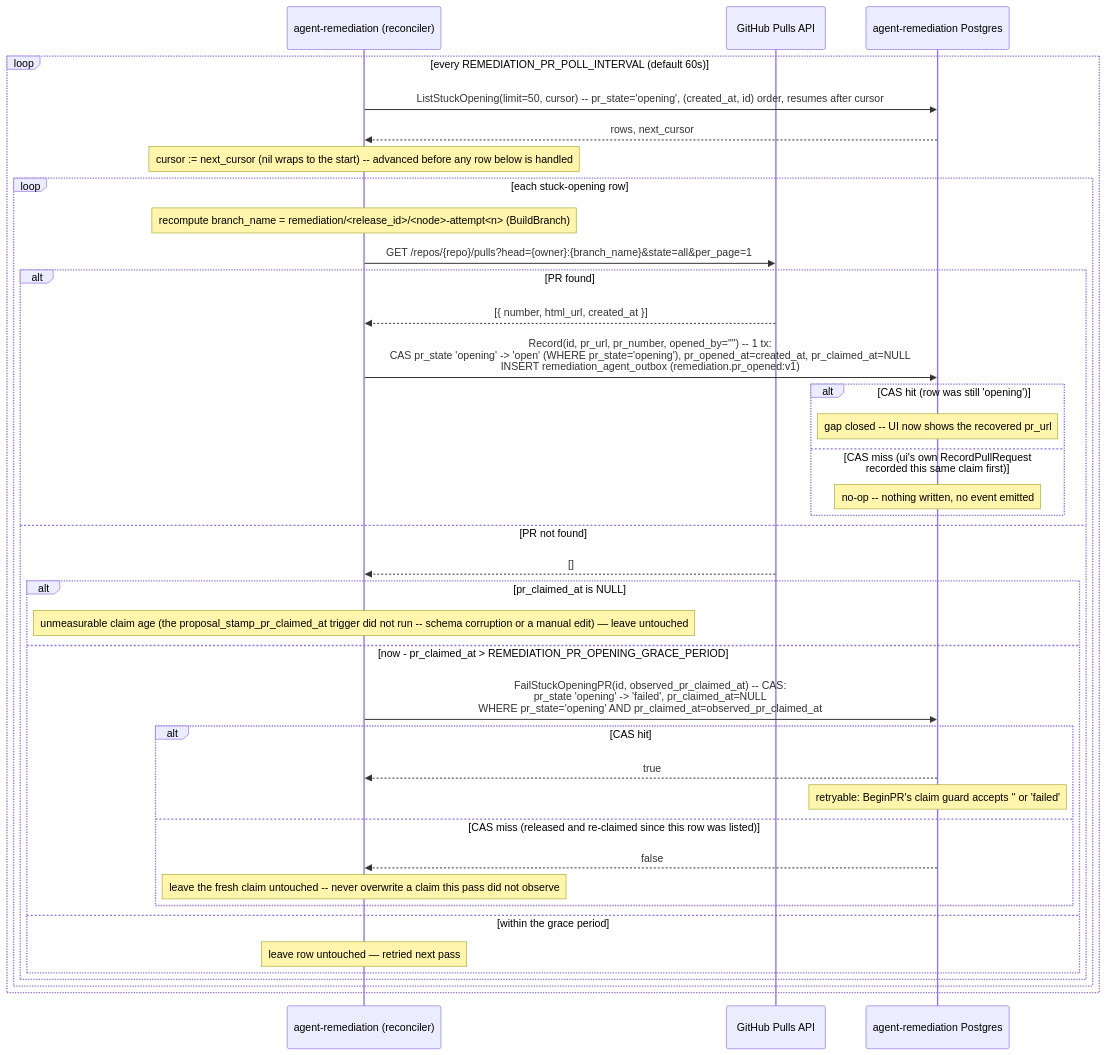
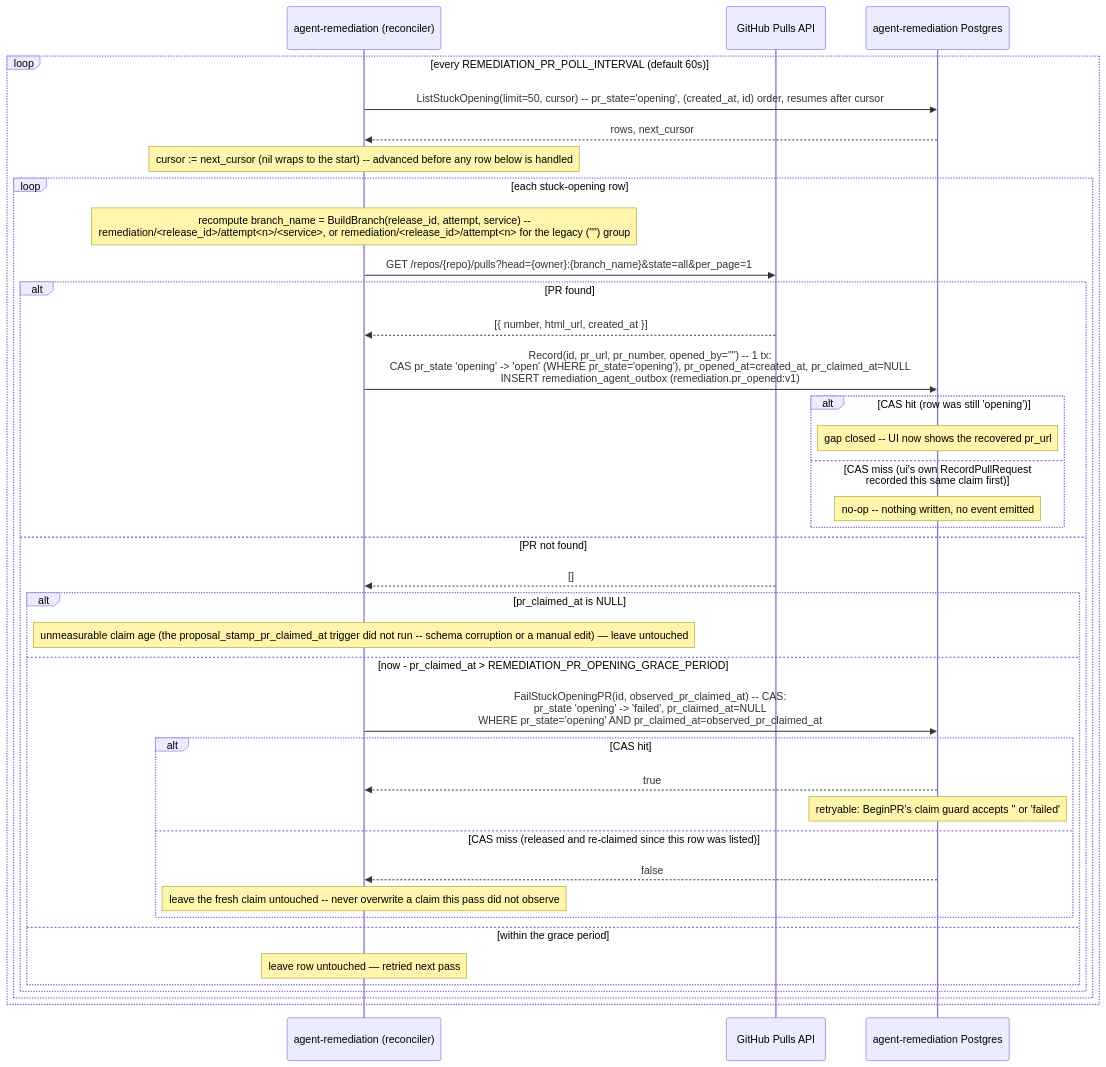
One commit to carolsimone/continuo changed diagram 16 of 16 in docs/arch/03-sequence-flows.md. Above: the diagram before and after it, drawn with Mermaid. The commit also changed other lines of this file and 10 other files, not shown here.

Commit message:
ui: open one remediation PR per owning service

````diff
--- a/docs/arch/03-sequence-flows.md
+++ b/docs/arch/03-sequence-flows.md
@@ -825,41 +839,41 @@
 ```mermaid
 sequenceDiagram
   participant RA as agent-remediation (reconciler)
   participant GH as GitHub Pulls API
   participant PG as agent-remediation Postgres
 
   loop every REMEDIATION_PR_POLL_INTERVAL (default 60s)
     RA->>PG: ListStuckOpening(limit=50, cursor) -- pr_state='opening', (created_at, id) order, resumes after cursor
     PG-->>RA: rows, next_cursor
     Note over RA: cursor := next_cursor (nil wraps to the start) -- advanced before any row below is handled
     loop each stuck-opening row
-      Note over RA: recompute branch_name = remediation/<release_id>/<node>-attempt<n> (BuildBranch)
+      Note over RA: recompute branch_name = BuildBranch(release_id, attempt, service) --<br/>remediation/<release_id>/attempt<n>/<service>, or remediation/<release_id>/attempt<n> for the legacy ("") group
       RA->>GH: GET /repos/{repo}/pulls?head={owner}:{branch_name}&state=all&per_page=1
       alt PR found
         GH-->>RA: [{ number, html_url, created_at }]
         RA->>PG: Record(id, pr_url, pr_number, opened_by="") -- 1 tx:<br/>CAS pr_state 'opening' -> 'open' (WHERE pr_state='opening'), pr_opened_at=created_at, pr_claimed_at=NULL<br/>INSERT remediation_agent_outbox (remediation.pr_opened:v1)
         alt CAS hit (row was still 'opening')
           Note over PG: gap closed -- UI now shows the recovered pr_url
         else CAS miss (ui's own RecordPullRequest recorded this same claim first)
           Note over PG: no-op -- nothing written, no event emitted
         end
       else PR not found
         GH-->>RA: []
         alt pr_claimed_at is NULL
           Note over RA: unmeasurable claim age (the proposal_stamp_pr_claimed_at trigger did not run -- schema corruption or a manual edit) — leave untouched
         else now - pr_claimed_at > REMEDIATION_PR_OPENING_GRACE_PERIOD
           RA->>PG: FailStuckOpeningPR(id, observed_pr_claimed_at) -- CAS:<br/>pr_state 'opening' -> 'failed', pr_claimed_at=NULL<br/>WHERE pr_state='opening' AND pr_claimed_at=observed_pr_claimed_at
           alt CAS hit
             PG-->>RA: true
             Note over PG: retryable: BeginPR's claim guard accepts '' or 'failed'
           else CAS miss (released and re-claimed since this row was listed)
             PG-->>RA: false
             Note over RA: leave the fresh claim untouched -- never overwrite a claim this pass did not observe
           end
         else within the grace period
           Note over RA: leave row untouched — retried next pass
         end
       end
     end
   end
 ```
````
